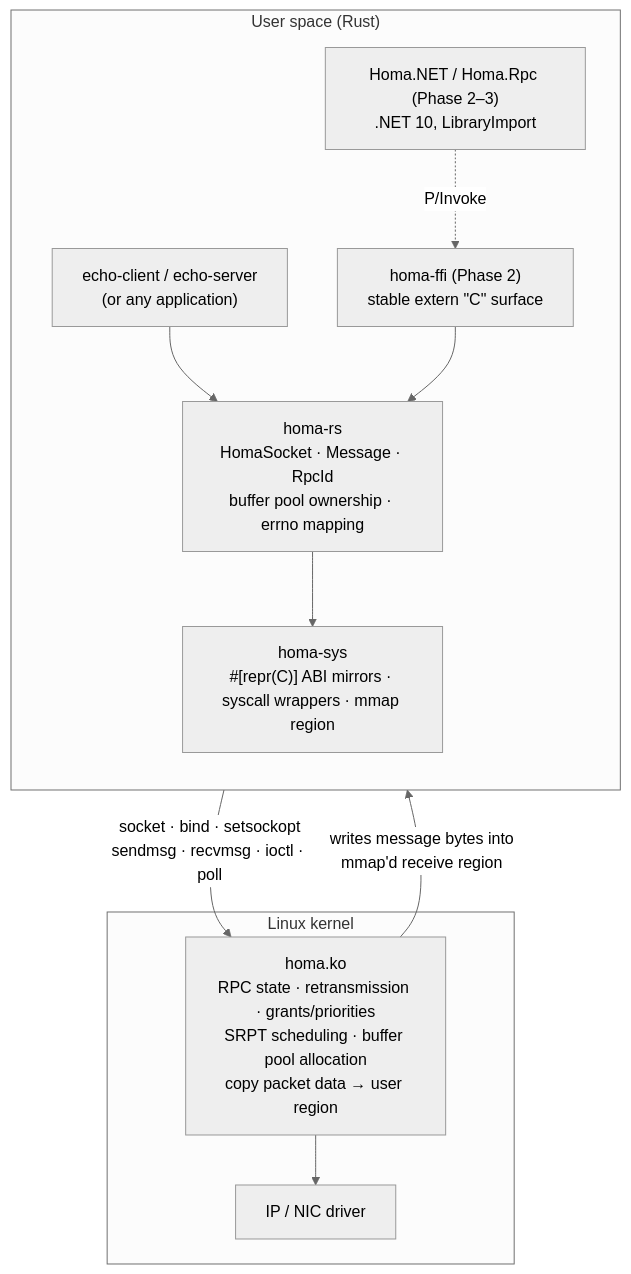
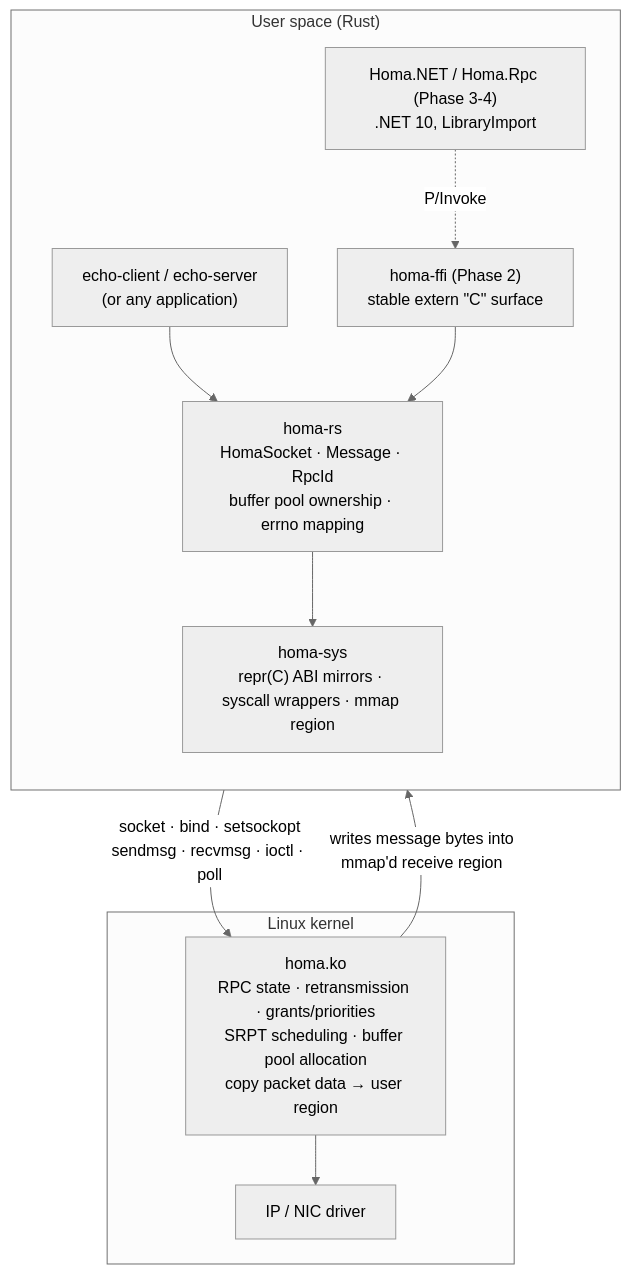
One commit to kearns2000/homastack changed the diagram in README.md. Above: the diagram before and after it, drawn with Mermaid (neutral theme). The commit also changed other lines of this file and 11 other files, not shown here.

Commit message:
fixed diagram and numbering issues in readme

````diff
--- a/README.md
+++ b/README.md
@@ -78,20 +78,20 @@
 ```mermaid
 flowchart TB
     subgraph user["User space (Rust)"]
         direction TB
         app["echo-client / echo-server<br/>(or any application)"]
         rs["homa-rs<br/>HomaSocket · Message · RpcId<br/>buffer pool ownership · errno mapping"]
-        sys["homa-sys<br/>#35;[repr(C)] ABI mirrors · syscall wrappers · mmap region"]
-        ffi["homa-ffi (Phase 2)<br/>stable extern &quot;C&quot; surface"]
-        net["Homa.NET / Homa.Rpc (Phase 2–3)<br/>.NET 10, LibraryImport"]
+        sys["homa-sys<br/>repr(C) ABI mirrors · syscall wrappers · mmap region"]
+        ffi["homa-ffi (Phase 2)<br/>stable extern #quot;C#quot; surface"]
+        net["Homa.NET / Homa.Rpc (Phase 3-4)<br/>.NET 10, LibraryImport"]
         app --> rs --> sys
         net -. P/Invoke .-> ffi --> rs
     end
     subgraph kernel["Linux kernel"]
         mod["homa.ko<br/>RPC state · retransmission · grants/priorities<br/>SRPT scheduling · buffer pool allocation<br/>copy packet data → user region"]
         ip["IP / NIC driver"]
         mod --> ip
     end
     sys -- "socket · bind · setsockopt<br/>sendmsg · recvmsg · ioctl · poll" --> mod
     mod -- "writes message bytes into<br/>mmap'd receive region" --> sys
 ```
````
